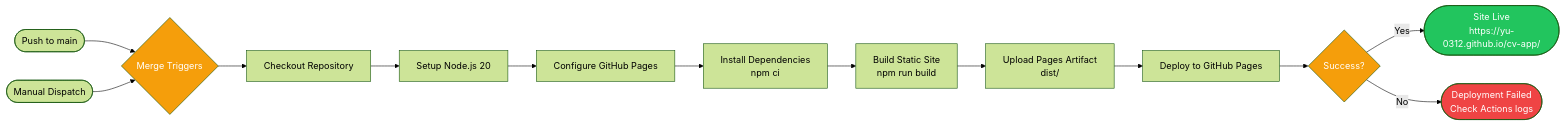
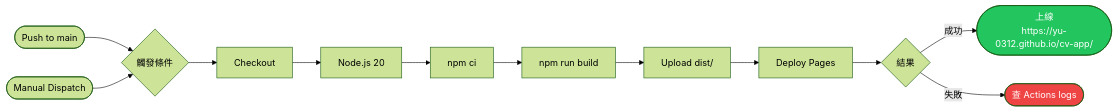
The diagram in README.md (Yu-0312/cv-app), drawn with Mermaid (forest theme) before and after one commit. The commit also changed other lines of this file and 25 other files, not shown here.

````diff
--- a/README.md
+++ b/README.md
@@ -94,20 +63,13 @@
 ```mermaid
 flowchart LR
-    A1([Push to main]) --> M{Merge Triggers}
+    A1([Push to main]) --> M{觸發條件}
     A2([Manual Dispatch]) --> M
-    M --> B[Checkout Repository]
-    B --> C[Setup Node.js 20]
-    C --> D[Configure GitHub Pages]
-    D --> E[Install Dependencies\nnpm ci]
-    E --> F[Build Static Site\nnpm run build]
-    F --> G[Upload Pages Artifact\ndist/]
-    G --> H[Deploy to GitHub Pages]
-    H --> I{Success?}
-    I -->|Yes| J([Site Live\nhttps://yu-0312.github.io/cv-app/])
-    I -->|No| K([Deployment Failed\nCheck Actions logs])
+    M --> B[Checkout] --> C[Node.js 20] --> D[npm ci] --> E[npm run build]
+    E --> F[Upload dist/] --> G[Deploy Pages]
+    G --> H{結果}
+    H -->|成功| I([上線\nhttps://yu-0312.github.io/cv-app/])
+    H -->|失敗| J([查 Actions logs])
 
-    style J fill:#22c55e,color:#fff
-    style K fill:#ef4444,color:#fff
-    style M fill:#f59e0b,color:#fff
-    style I fill:#f59e0b,color:#fff
+    style I fill:#22c55e,color:#fff
+    style J fill:#ef4444,color:#fff
 ```
````
